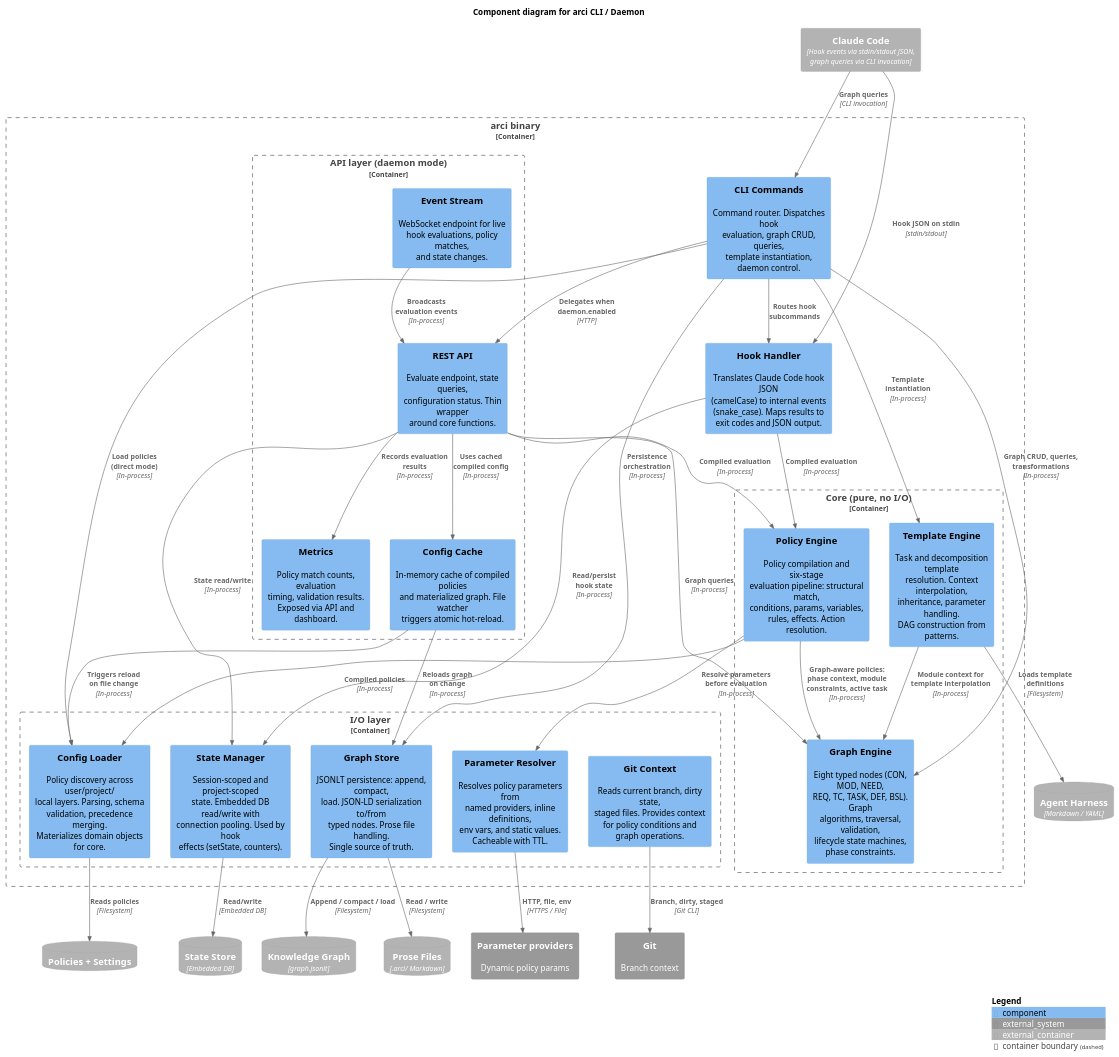
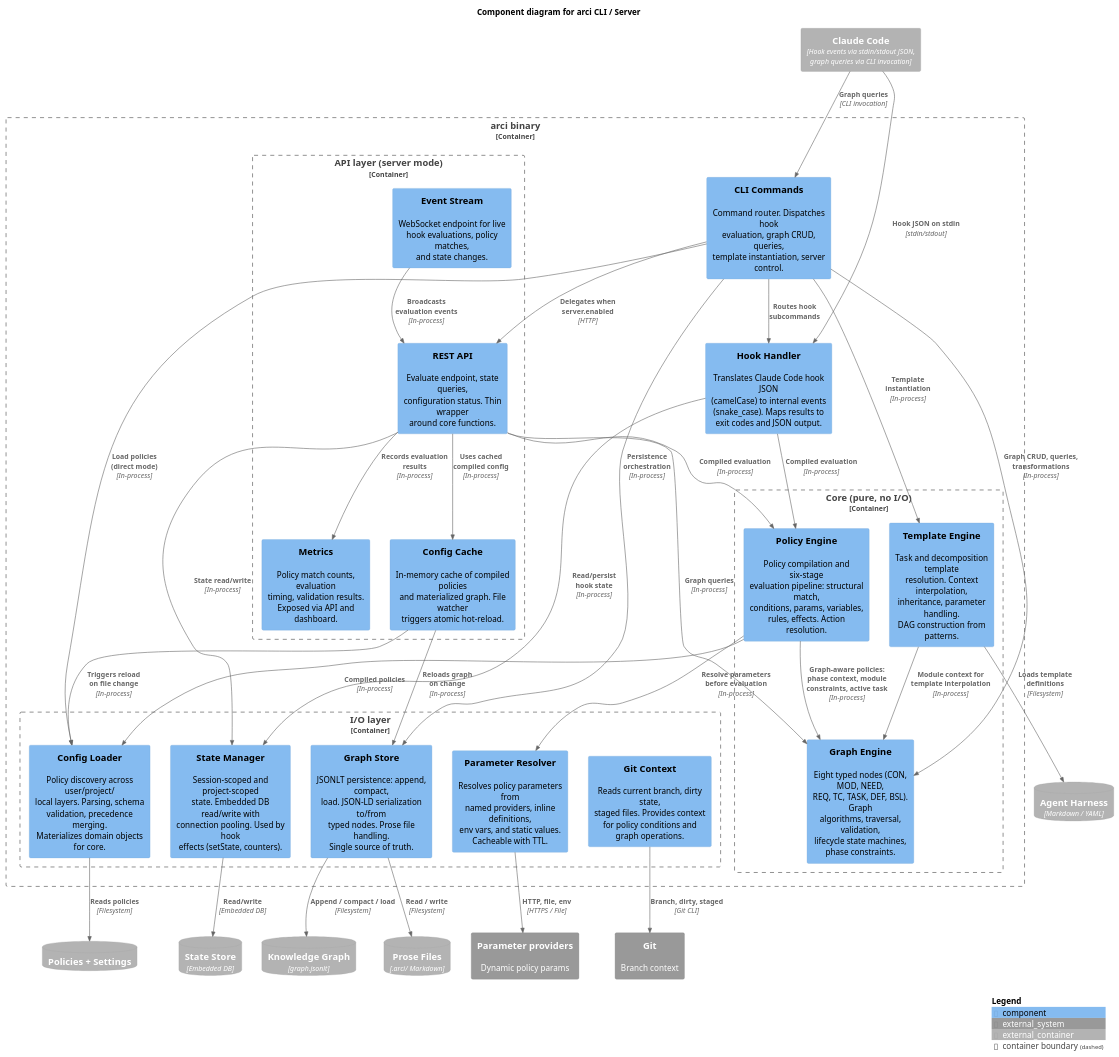
Before and after one commit to krav-sh/krav: the diagram in docs/design/diagrams/arci-c4-component.puml, drawn with PlantUML. The commit also changed 34 other files, not shown here.

Commit message:
docs: rename daemon to server

```diff
--- a/docs/design/diagrams/arci-c4-component.puml
+++ b/docs/design/diagrams/arci-c4-component.puml
@@ -1,101 +1,101 @@
 @startuml arci-c4-component
 !include <C4/C4_Component>
 
-title Component diagram for arci CLI / Daemon
+title Component diagram for arci CLI / Server
 
 Container_Ext(claude_code, "Claude Code", "Hook events via stdin/stdout JSON,\ngraph queries via CLI invocation")
 ContainerDb_Ext(state_store, "State Store", "Embedded DB")
 ContainerDb_Ext(graph_db, "Knowledge Graph", "graph.jsonlt")
 ContainerDb_Ext(prose_files, "Prose Files", ".arci/ Markdown")
 ContainerDb_Ext(policy_config, "Policies + Settings", "")
 ContainerDb_Ext(harness_config, "Agent Harness", "Markdown / YAML")
 System_Ext(git, "Git", "Branch context")
 System_Ext(param_providers, "Parameter providers", "Dynamic policy params")
 
 Container_Boundary(arci_binary, "arci binary") {
 
-    Component(cli_commands, "CLI Commands", "", "Command router. Dispatches hook\nevaluation, graph CRUD, queries,\ntemplate instantiation, daemon control.")
+    Component(cli_commands, "CLI Commands", "", "Command router. Dispatches hook\nevaluation, graph CRUD, queries,\ntemplate instantiation, server control.")
 
     Component(hook_handler, "Hook Handler", "", "Translates Claude Code hook JSON\n(camelCase) to internal events\n(snake_case). Maps results to\nexit codes and JSON output.")
 
     Container_Boundary(core, "Core (pure, no I/O)") {
         Component(policy_engine, "Policy Engine", "", "Policy compilation and six-stage\nevaluation pipeline: structural match,\nconditions, params, variables,\nrules, effects. Action resolution.")
 
         Component(graph_engine, "Graph Engine", "", "Eight typed nodes (CON, MOD, NEED,\nREQ, TC, TASK, DEF, BSL). Graph\nalgorithms, traversal, validation,\nlifecycle state machines, phase constraints.")
 
         Component(template_engine, "Template Engine", "", "Task and decomposition template\nresolution. Context interpolation,\ninheritance, parameter handling.\nDAG construction from patterns.")
     }
 
     Container_Boundary(io, "I/O layer") {
         Component(config_loader, "Config Loader", "", "Policy discovery across user/project/\nlocal layers. Parsing, schema\nvalidation, precedence merging.\nMaterializes domain objects for core.")
 
         Component(graph_store, "Graph Store", "", "JSONLT persistence: append, compact,\nload. JSON-LD serialization to/from\ntyped nodes. Prose file handling.\nSingle source of truth.")
 
         Component(state_mgr, "State Manager", "", "Session-scoped and project-scoped\nstate. Embedded DB read/write with\nconnection pooling. Used by hook\neffects (setState, counters).")
 
         Component(param_resolver, "Parameter Resolver", "", "Resolves policy parameters from\nnamed providers, inline definitions,\nenv vars, and static values.\nCacheable with TTL.")
 
         Component(git_provider, "Git Context", "", "Reads current branch, dirty state,\nstaged files. Provides context\nfor policy conditions and\ngraph operations.")
     }
 
-    Container_Boundary(api, "API layer (daemon mode)") {
+    Container_Boundary(api, "API layer (server mode)") {
         Component(http_api, "REST API", "", "Evaluate endpoint, state queries,\nconfiguration status. Thin wrapper\naround core functions.")
 
         Component(ws_events, "Event Stream", "", "WebSocket endpoint for live\nhook evaluations, policy matches,\nand state changes.")
 
         Component(config_cache, "Config Cache", "", "In-memory cache of compiled policies\nand materialized graph. File watcher\ntriggers atomic hot-reload.")
 
         Component(metrics, "Metrics", "", "Policy match counts, evaluation\ntiming, validation results.\nExposed via API and dashboard.")
     }
 }
 
 ' === External inbound ===
 Rel(claude_code, hook_handler, "Hook JSON on stdin", "stdin/stdout")
 Rel(claude_code, cli_commands, "Graph queries", "CLI invocation")
 
 ' === CLI dispatch ===
 Rel(cli_commands, hook_handler, "Routes hook\nsubcommands")
 Rel(cli_commands, graph_engine, "Graph CRUD, queries,\ntransformations", "In-process")
 Rel(cli_commands, template_engine, "Template\ninstantiation", "In-process")
 
 ' === Hook evaluation path ===
 Rel(hook_handler, policy_engine, "Compiled evaluation", "In-process")
 Rel(hook_handler, state_mgr, "Read/persist\nhook state", "In-process")
 
 ' === Core cross-references ===
 Rel(policy_engine, graph_engine, "Graph-aware policies:\nphase context, module\nconstraints, active task", "In-process")
 Rel(template_engine, graph_engine, "Module context for\ntemplate interpolation", "In-process")
 
 ' === Core to I/O ===
 Rel(policy_engine, param_resolver, "Resolve parameters\nbefore evaluation", "In-process")
 Rel(policy_engine, config_loader, "Compiled policies", "In-process")
 
 ' === I/O to storage ===
 Rel(config_loader, policy_config, "Reads policies", "Filesystem")
 Rel(graph_store, graph_db, "Append / compact / load", "Filesystem")
 Rel(graph_store, prose_files, "Read / write", "Filesystem")
 Rel(state_mgr, state_store, "Read/write", "Embedded DB")
 Rel(param_resolver, param_providers, "HTTP, file, env", "HTTPS / File")
 Rel(git_provider, git, "Branch, dirty, staged", "Git CLI")
 
 ' === Graph engine to store ===
 Rel(cli_commands, graph_store, "Persistence\norchestration", "In-process")
 Rel(cli_commands, config_loader, "Load policies\n(direct mode)", "In-process")
 
 ' === Template to harness config ===
 Rel(template_engine, harness_config, "Loads template\ndefinitions", "Filesystem")
 
-' === API layer (daemon mode) ===
-Rel(cli_commands, http_api, "Delegates when\ndaemon.enabled", "HTTP")
+' === API layer (server mode) ===
+Rel(cli_commands, http_api, "Delegates when\nserver.enabled", "HTTP")
 Rel(http_api, policy_engine, "Compiled evaluation", "In-process")
 Rel(http_api, graph_engine, "Graph queries", "In-process")
 Rel(http_api, state_mgr, "State read/write", "In-process")
 Rel(config_cache, config_loader, "Triggers reload\non file change", "In-process")
 Rel(config_cache, graph_store, "Reloads graph\non change", "In-process")
 Rel(http_api, config_cache, "Uses cached\ncompiled config", "In-process")
 Rel(http_api, metrics, "Records evaluation\nresults", "In-process")
 Rel(ws_events, http_api, "Broadcasts\nevaluation events", "In-process")
 
 SHOW_LEGEND()
 
 @enduml
```
